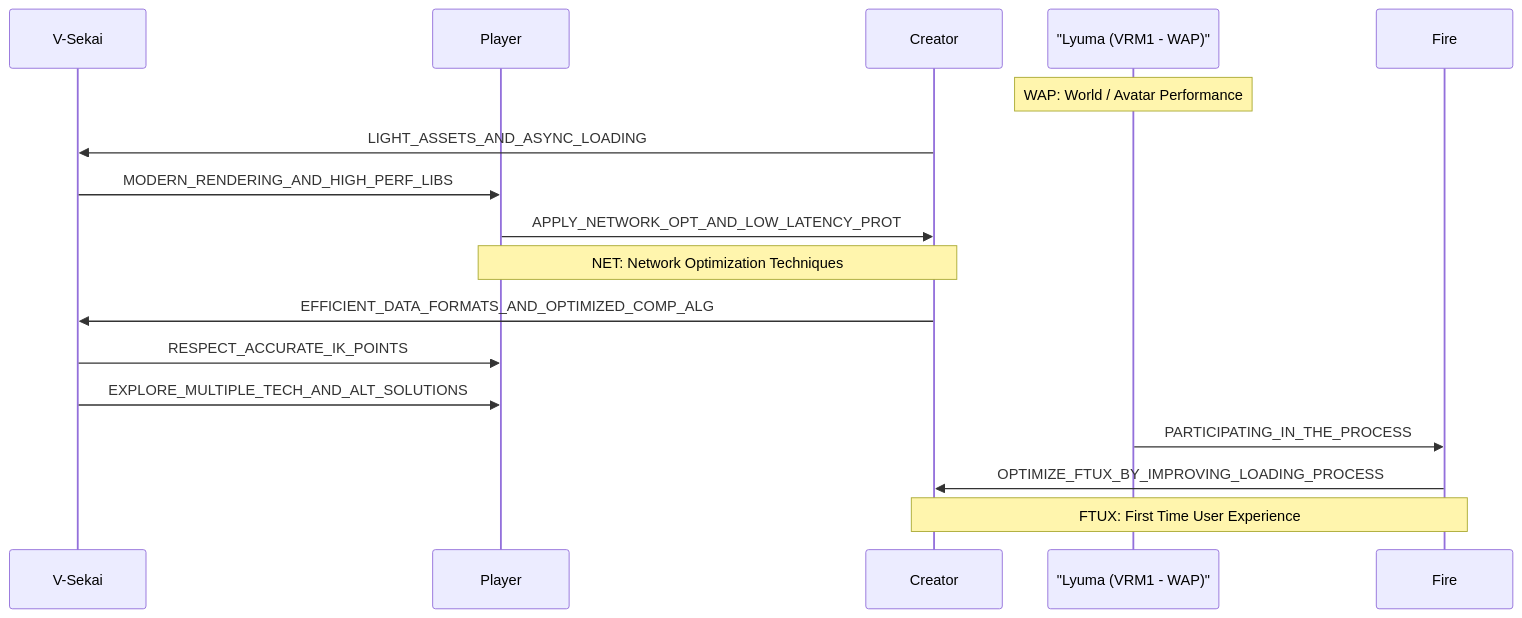
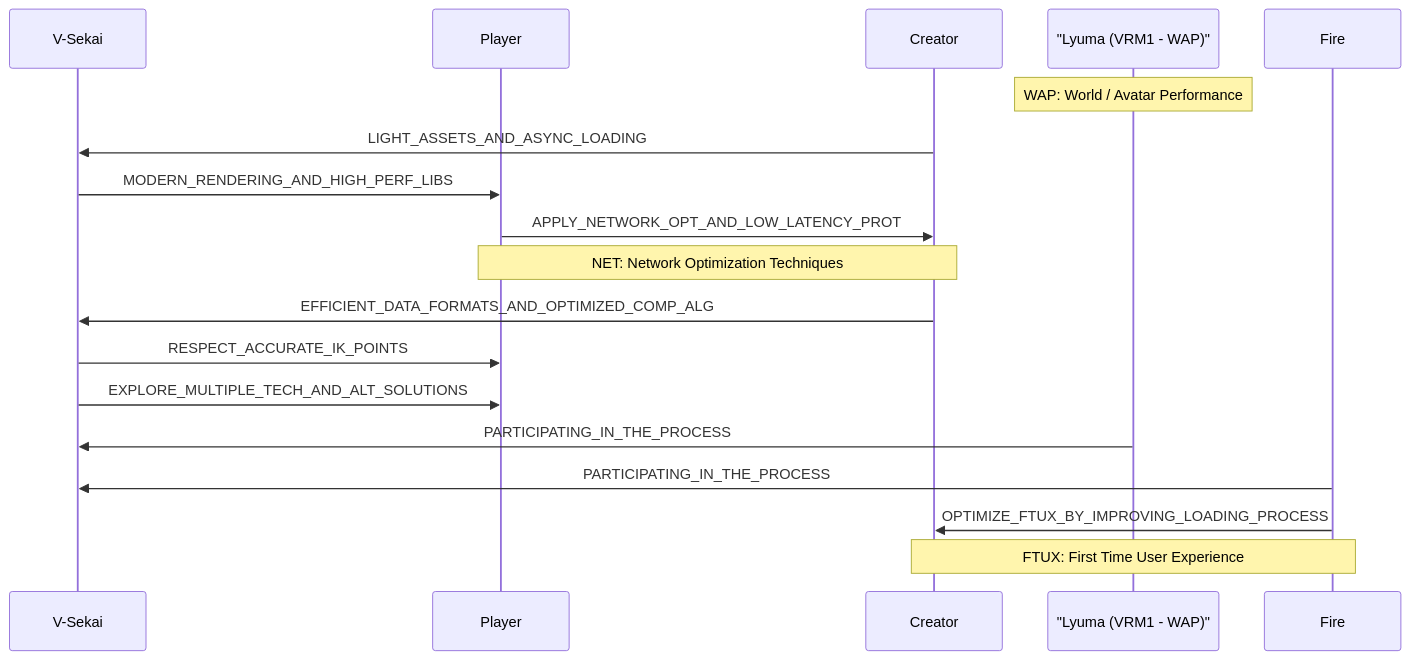
The diagram in decisions/20230618-v-sekai-roadmap.md (V-Sekai/manuals), drawn with Mermaid before and after one commit.

Commit message:
Move participants.

````diff
--- a/decisions/20230618-v-sekai-roadmap.md
+++ b/decisions/20230618-v-sekai-roadmap.md
@@ -23,24 +23,26 @@
 ```mermaid
 sequenceDiagram
     participant V-Sekai
     participant Player
     participant Creator
     participant Lyuma as "Lyuma (VRM1 - WAP)"
     participant Fire
 
     Note over Lyuma: WAP: World / Avatar Performance
 
     Creator->>V-Sekai: LIGHT_ASSETS_AND_ASYNC_LOADING
     V-Sekai->>Player: MODERN_RENDERING_AND_HIGH_PERF_LIBS
     Player->>Creator: APPLY_NETWORK_OPT_AND_LOW_LATENCY_PROT
 
     Note over Player, Creator: NET: Network Optimization Techniques
 
     Creator->>V-Sekai: EFFICIENT_DATA_FORMATS_AND_OPTIMIZED_COMP_ALG
     V-Sekai->>Player: RESPECT_ACCURATE_IK_POINTS
     V-Sekai->>Player: EXPLORE_MULTIPLE_TECH_AND_ALT_SOLUTIONS
-    Lyuma->>Fire: PARTICIPATING_IN_THE_PROCESS
+    Lyuma->>V-Sekai: PARTICIPATING_IN_THE_PROCESS
+    Fire->>V-Sekai: PARTICIPATING_IN_THE_PROCESS
     Fire->>Creator: OPTIMIZE_FTUX_BY_IMPROVING_LOADING_PROCESS
 
     Note over Fire, Creator: FTUX: First Time User Experience
+
 ```
````
